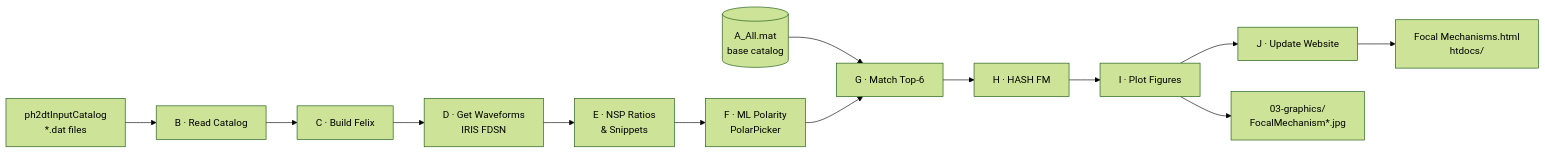
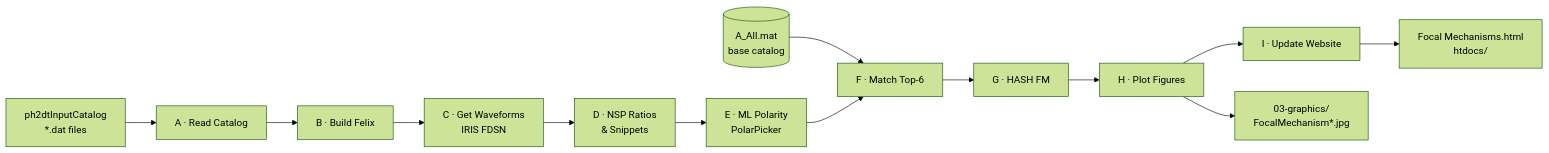
The second of 2 diagrams in README.md (Maochuan26/Axial_RT_Focal_Mechanisms), drawn with Mermaid (forest theme) before and after one commit. The commit also changed other lines of this file, not shown here.

````diff
--- a/README.md
+++ b/README.md
@@ -65,17 +72,17 @@
 ```mermaid
 flowchart LR
-    A[(A_All.mat\nbase catalog)] --> G
-    CAT[ph2dtInputCatalog\n*.dat files] --> B
+    A[(A_All.mat\nbase catalog)] --> F
+    CAT[ph2dtInputCatalog\n*.dat files] --> AA
 
-    B[B · Read Catalog] --> C[C · Build Felix]
-    C --> D[D · Get Waveforms\nIRIS FDSN]
-    D --> E[E · NSP Ratios\n& Snippets]
-    E --> F[F · ML Polarity\nPolarPicker]
-    F --> G[G · Match Top-6]
-    G --> H[H · HASH FM]
-    H --> I[I · Plot Figures]
-    I --> J[J · Update Website]
+    AA[A · Read Catalog] --> B[B · Build Felix]
+    B --> C[C · Get Waveforms\nIRIS FDSN]
+    C --> D[D · NSP Ratios\n& Snippets]
+    D --> E[E · ML Polarity\nPolarPicker]
+    E --> F[F · Match Top-6]
+    F --> G[G · HASH FM]
+    G --> H[H · Plot Figures]
+    H --> I[I · Update Website]
 
-    I --> G1[03-graphics/\nFocalMechanism*.jpg]
-    J --> W[Focal Mechanisms.html\nhtdocs/]
+    H --> G1[03-graphics/\nFocalMechanism*.jpg]
+    I --> W[Focal Mechanisms.html\nhtdocs/]
 ```
````
